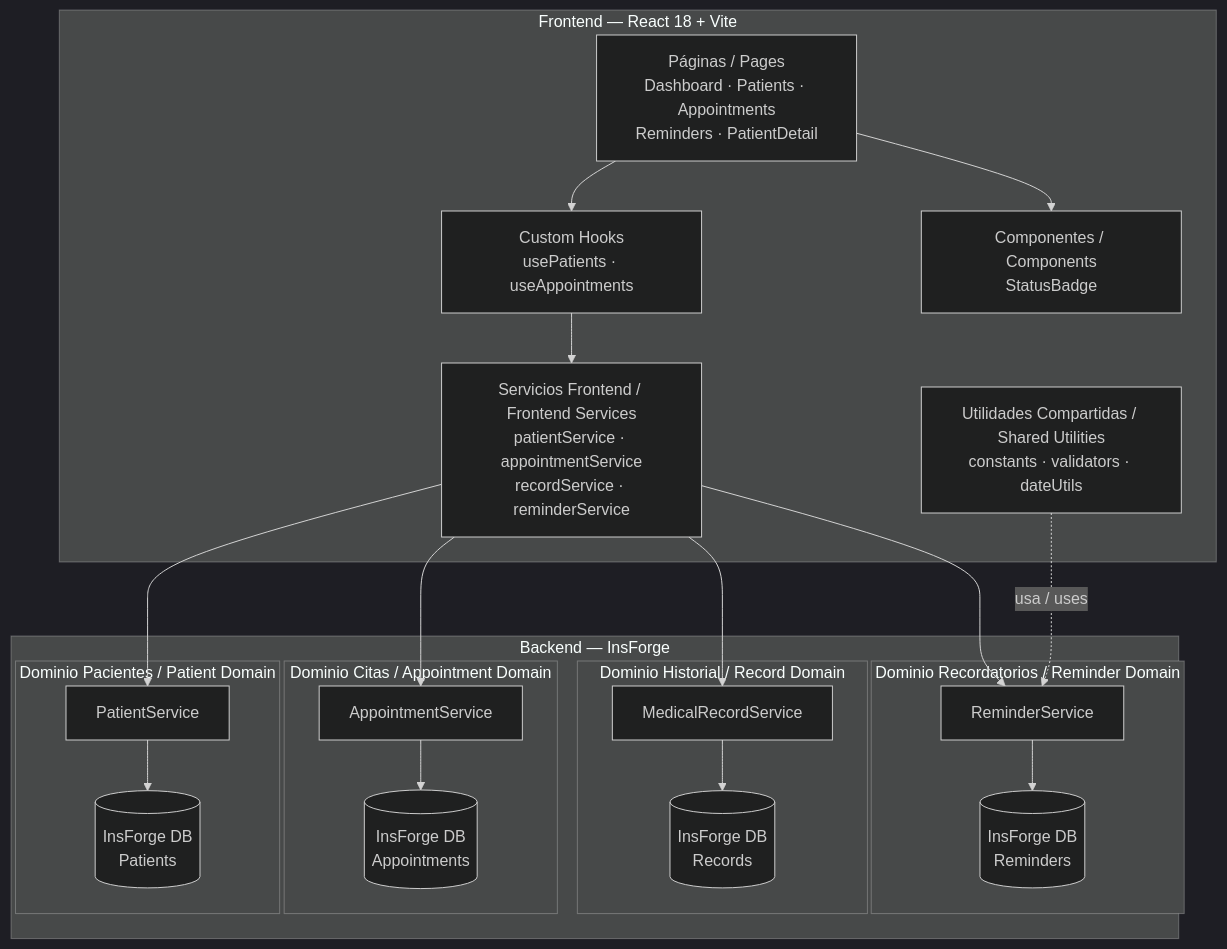
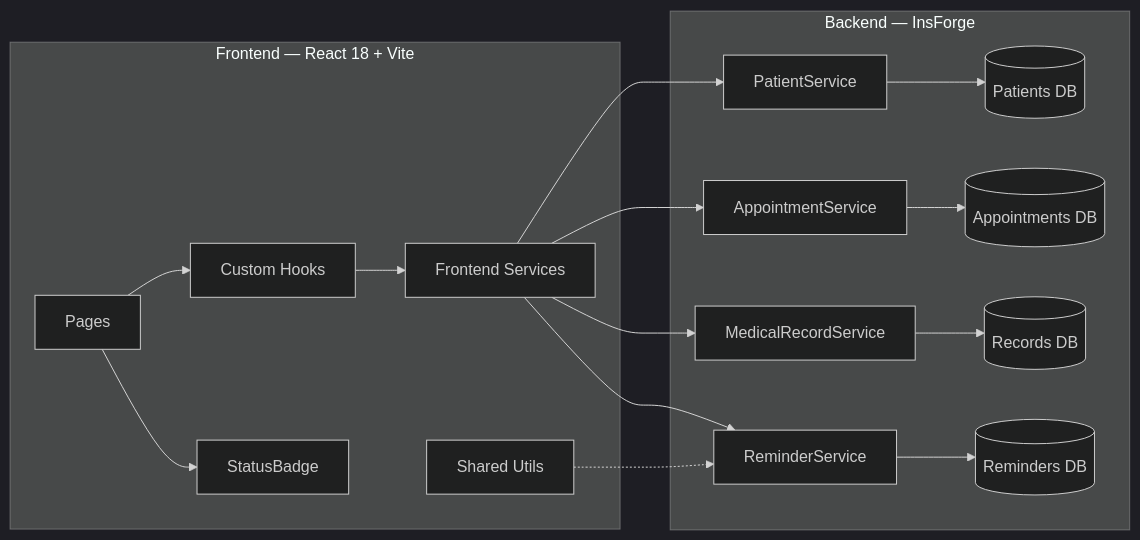
The first of 2 diagrams in docs/01-arquitectura.md (juradoger/medil-crm), drawn with Mermaid (dark theme) before and after one commit. The commit also changed other lines of this file and 3 other files, not shown here.

````diff
--- a/docs/01-arquitectura.md
+++ b/docs/01-arquitectura.md
@@ -33,42 +43,30 @@
 ```mermaid
-graph TD
-    subgraph Frontend["Frontend — React 18 + Vite"]
-        PAGES["Páginas / Pages<br/>Dashboard · Patients · Appointments<br/>Reminders · PatientDetail"]
-        HOOKS["Custom Hooks<br/>usePatients · useAppointments"]
-        COMP["Componentes / Components<br/>StatusBadge"]
-        SVCF["Servicios Frontend / Frontend Services<br/>patientService · appointmentService<br/>recordService · reminderService"]
-        CONST["Utilidades Compartidas / Shared Utilities<br/>constants · validators · dateUtils"]
+graph LR
+    subgraph FE["Frontend — React 18 + Vite"]
+        PAGES[Pages]
+        HOOKS[Custom Hooks]
+        COMP[StatusBadge]
+        SVCF[Frontend Services]
+        CONST[Shared Utils]
     end
 
-    subgraph Backend["Backend — InsForge"]
-        subgraph DOM_PAT["Dominio Pacientes / Patient Domain"]
-            SVC_PAT["PatientService"]
-            REPO_PAT[("InsForge DB\nPatients")]
-        end
-        subgraph DOM_APT["Dominio Citas / Appointment Domain"]
-            SVC_APT["AppointmentService"]
-            REPO_APT[("InsForge DB\nAppointments")]
-        end
-        subgraph DOM_REC["Dominio Historial / Record Domain"]
-            SVC_REC["MedicalRecordService"]
-            REPO_REC[("InsForge DB\nRecords")]
-        end
-        subgraph DOM_REM["Dominio Recordatorios / Reminder Domain"]
-            SVC_REM["ReminderService"]
-            REPO_REM[("InsForge DB\nReminders")]
-        end
+    subgraph BE["Backend — InsForge"]
+        SVC_PAT[PatientService]
+        DB_PAT[(Patients DB)]
+        SVC_APT[AppointmentService]
+        DB_APT[(Appointments DB)]
+        SVC_REC[MedicalRecordService]
+        DB_REC[(Records DB)]
+        SVC_REM[ReminderService]
+        DB_REM[(Reminders DB)]
     end
 
     PAGES --> HOOKS
     PAGES --> COMP
     HOOKS --> SVCF
-    SVCF --> SVC_PAT
-    SVCF --> SVC_APT
-    SVCF --> SVC_REC
-    SVCF --> SVC_REM
-    SVC_PAT --> REPO_PAT
-    SVC_APT --> REPO_APT
-    SVC_REC --> REPO_REC
-    SVC_REM --> REPO_REM
-    CONST -.->|usa / uses| SVC_REM
+    SVCF --> SVC_PAT --> DB_PAT
+    SVCF --> SVC_APT --> DB_APT
+    SVCF --> SVC_REC --> DB_REC
+    SVCF --> SVC_REM --> DB_REM
+    CONST -.-> SVC_REM
 ```
````
